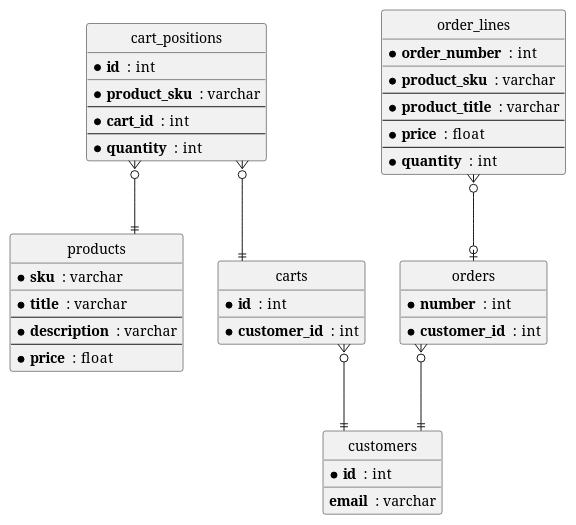
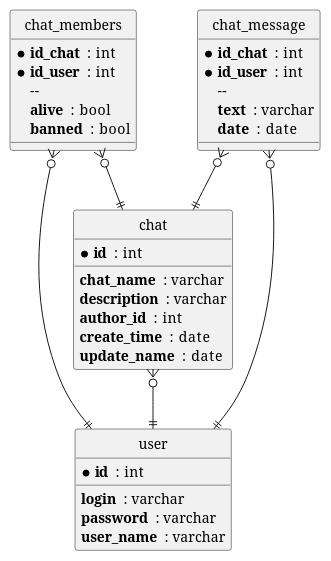
The diagram in docs/db.puml (AlexandrovDaniil/evraz_project1), drawn with PlantUML before and after one commit. The commit also changed 1 other file, not shown here.

Commit message:
db uml, readme

```diff
--- a/docs/db.puml
+++ b/docs/db.puml
@@ -1,64 +1,51 @@
 @startuml
 
 
 hide circle
-skinparam linetype ortho
 
 
-entity customers {
+
+
+entity user {
   * **id**  :  int
   __
-  **email**  :  varchar
+  **login**  :  varchar
+  **password**  :  varchar
+  **user_name**  :  varchar
 }
 
-entity products {
-  * **sku**  :  varchar
+entity chat {
+  * **id**  :  int
   __
-  * **title**  :  varchar
-  --
-  * **description**  :  varchar
-  --
-  * **price**  :  float
+  **chat_name**  :  varchar
+  **description**  :  varchar
+  **author_id**  :  int
+  **create_time**  :  date
+  **update_name**  :  date
 }
 
-entity carts {
-  * **id**  :  int
-  __
-  * **customer_id**  :  int
+entity chat_members {
+  * **id_chat**  :  int
+  * **id_user**  :  int
+    --
+  **alive**  :  bool
+  **banned**  :  bool
 }
 
-entity cart_positions {
-  * **id**  :  int
-  __
-  * **product_sku**  :  varchar
-  --
-  * **cart_id**  :  int
-  --
-  * **quantity**  :  int
+entity chat_message {
+  * **id_chat**  :  int
+  * **id_user**  :  int
+    --
+  **text**  :  varchar
+  **date**  :  date
 }
 
-entity orders {
-  * **number**  :  int
-  __
-  * **customer_id**  :  int
-}
 
-entity order_lines {
-  * **order_number**  :  int
-  __
-  * **product_sku**  :  varchar
-  --
-  * **product_title**  :  varchar
-  --
-  * **price**  :  float
-  --
-  * **quantity**  :  int
-}
+chat }o--|| user
+chat_members }o--|| chat
+chat_message }o--|| chat
+chat_members }o--|| user
+chat_message }o--|| user
 
-order_lines }o--o| orders
-orders }o--|| customers
-cart_positions }o--|| products
-cart_positions }o--|| carts
-carts }o--|| customers
 
 @enduml
```
